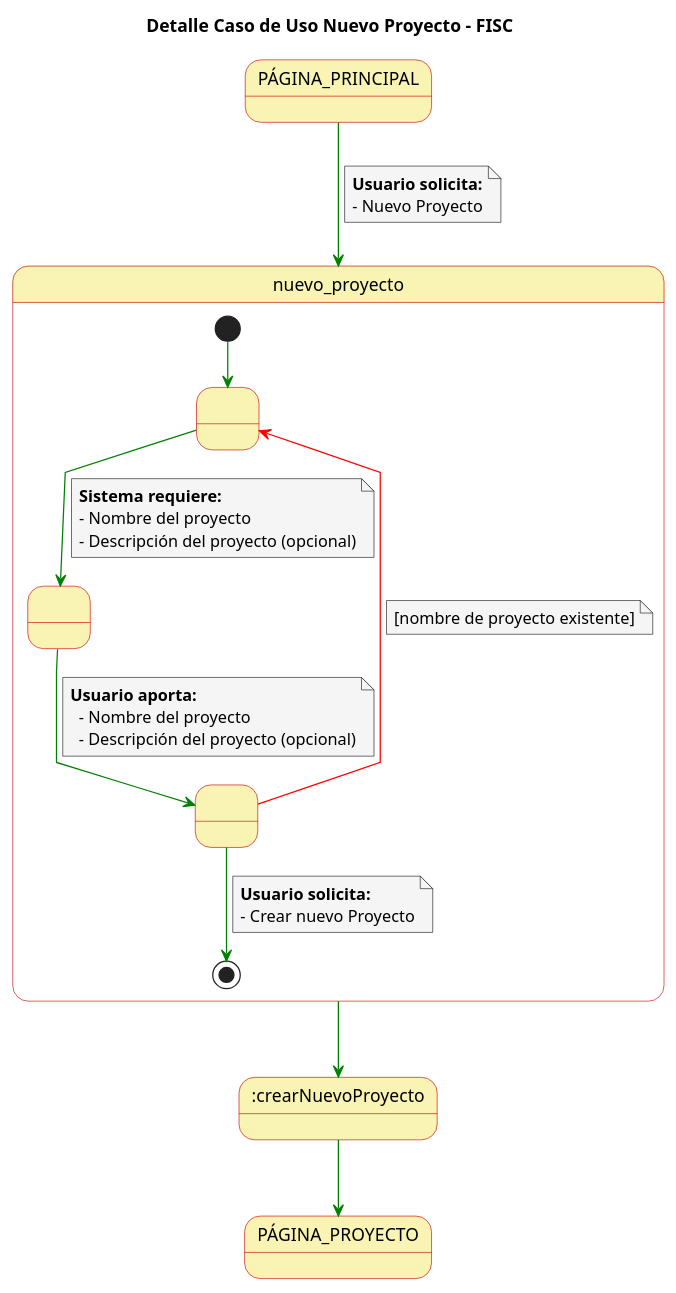
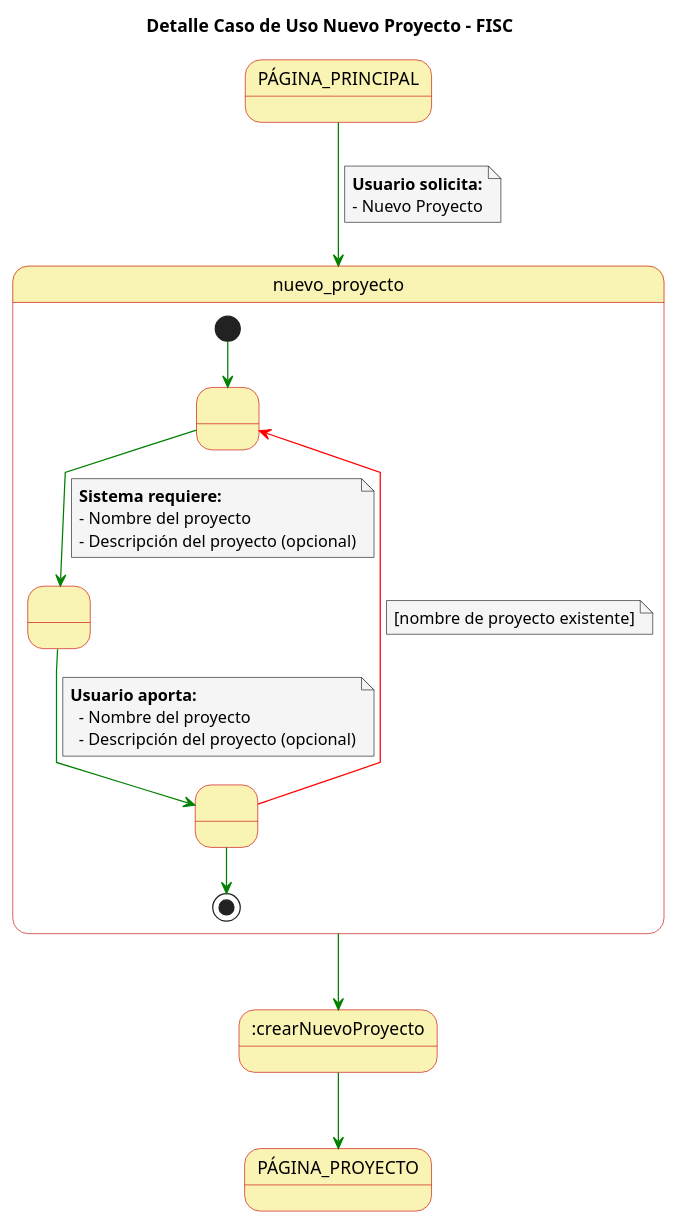
The diagram in casosDeUso/detallesCasosUso/detalleCasoUsoNuevoProyecto.puml (mmasias/23-24-IdSw1-SDR), drawn with PlantUML before and after one commit. The commit also changed 20 other files, not shown here.

```diff
--- a/casosDeUso/detallesCasosUso/detalleCasoUsoNuevoProyecto.puml
+++ b/casosDeUso/detallesCasosUso/detalleCasoUsoNuevoProyecto.puml
@@ -1,57 +1,52 @@
 @startuml
 
 skinparam state {
   BackgroundColor #faf4b4
   BorderColor #c90000
 }
 
 skinparam note {
   BackgroundColor #f5f5f5
 }
 
 skinparam linetype polyline
 
 title Detalle Caso de Uso Nuevo Proyecto - FISC
 
 
 PÁGINA_PRINCIPAL-[#green]-> nuevo_proyecto
 note on link
   **Usuario solicita:**
   - Nuevo Proyecto
 end note
 
 state nuevo_proyecto{
   state 1 as " "
   state 2 as " "
   state 3 as " "
   
   [*] -[#green]->1
   1 -[#green]-> 2
   note on link
       **Sistema requiere:**
       - Nombre del proyecto
       - Descripción del proyecto (opcional)
   end note
   2 -[#green]-> 3
   note on link
     **Usuario aporta:**
       - Nombre del proyecto
       - Descripción del proyecto (opcional)
   end note
   3 -[#red]-> 1
   note on link
     [nombre de proyecto existente]
   end note
   3 -[#green]-> [*]
-   note on link
-     **Usuario solicita:**
-     - Crear nuevo Proyecto
-   end note
-
 }
 
 nuevo_proyecto-[#green]-> :crearNuevoProyecto
 
 :crearNuevoProyecto -[#green]-> PÁGINA_PROYECTO
 
 @enduml
```
